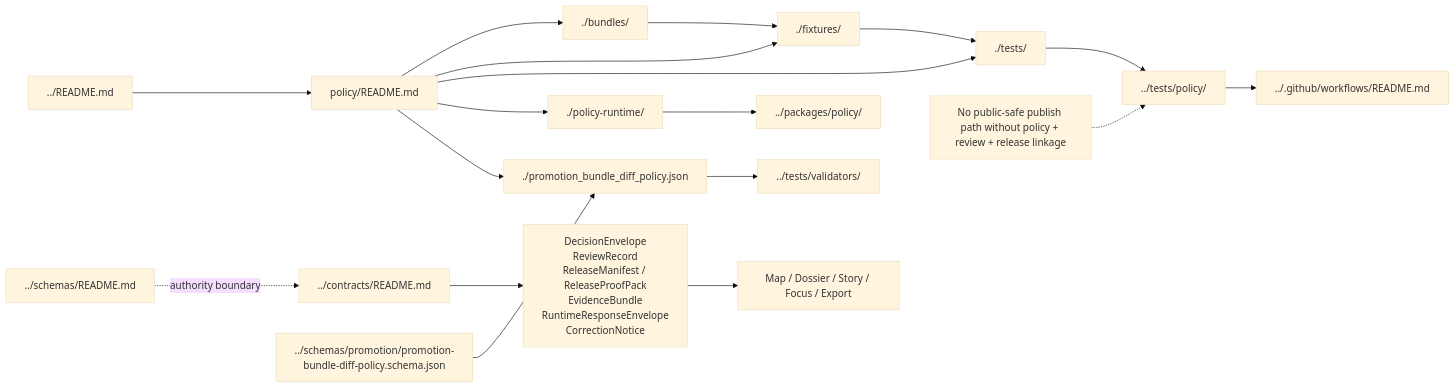
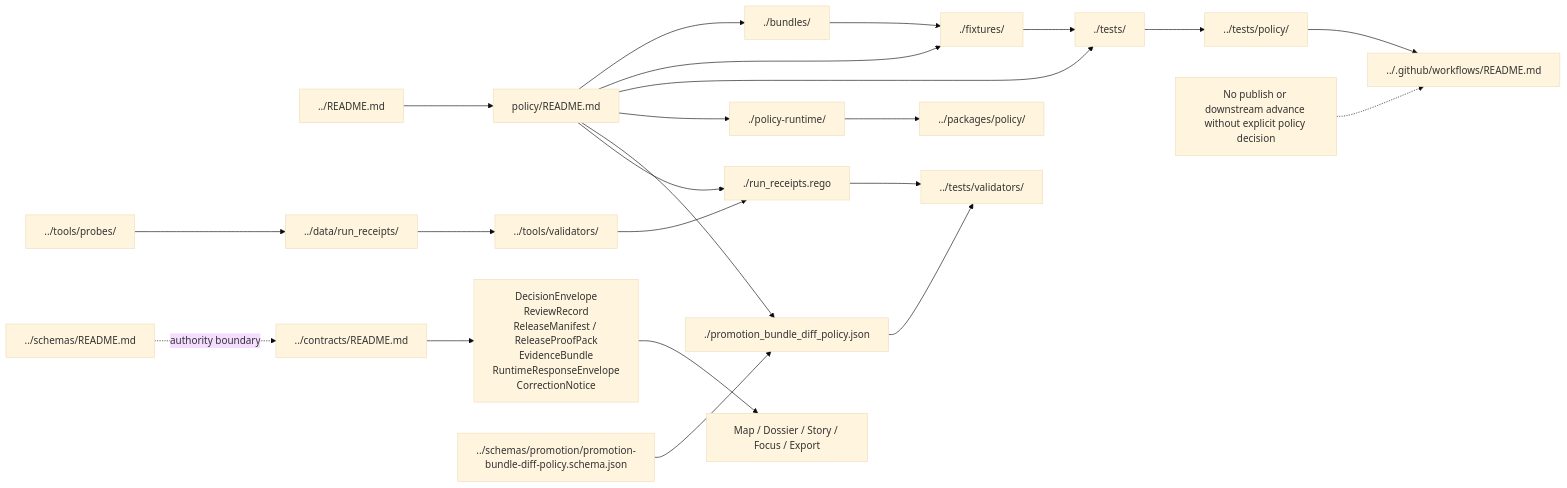
Before and after one commit to bartytime4life/Kansas-Frontier-Matrix: the diagram in policy/README.md, drawn with Mermaid (base theme). The commit also changed other lines of this file, not shown here.

````diff
--- a/policy/README.md
+++ b/policy/README.md
@@ -388,23 +522,29 @@
 ```mermaid
 flowchart LR
   Root["../README.md"] --> Policy["policy/README.md"]
   Policy --> Bundles["./bundles/"]
   Policy --> Fixtures["./fixtures/"]
   Policy --> PolicyTests["./tests/"]
   Policy --> PolicyRuntime["./policy-runtime/"]
   Policy --> DiffPolicy["./promotion_bundle_diff_policy.json"]
+  Policy --> ReceiptPolicy["./run_receipts.rego"]
+
+  Probes["../tools/probes/"] --> RunReceipts["../data/run_receipts/"]
+  RunReceipts --> Validators["../tools/validators/"]
+  Validators --> ReceiptPolicy
 
   Contracts["../contracts/README.md"] --> TrustObjects["DecisionEnvelope<br/>ReviewRecord<br/>ReleaseManifest / ReleaseProofPack<br/>EvidenceBundle<br/>RuntimeResponseEnvelope<br/>CorrectionNotice"]
   Schemas["../schemas/README.md"] -. authority boundary .-> Contracts
   DiffPolicySchema["../schemas/promotion/promotion-bundle-diff-policy.schema.json"] --> DiffPolicy
 
   Bundles --> Fixtures
   Fixtures --> PolicyTests
   PolicyRuntime --> PackageSupport["../packages/policy/"]
   PolicyTests --> RepoProof["../tests/policy/"]
   DiffPolicy --> ValidatorProof["../tests/validators/"]
+  ReceiptPolicy --> ValidatorProof
   RepoProof --> Workflows["../.github/workflows/README.md"]
   TrustObjects --> Surfaces["Map / Dossier / Story / Focus / Export"]
 
-  note1["No public-safe publish path without policy + review + release linkage"] -.-> RepoProof
+  note1["No publish or downstream advance without explicit policy decision"] -.-> Workflows
 ```
````
